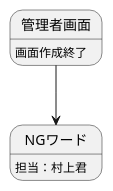
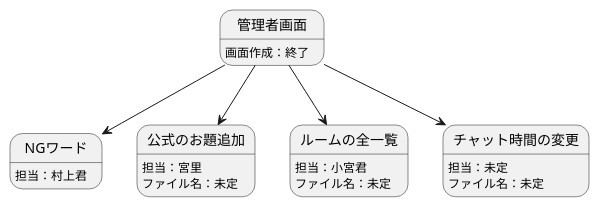
One commit to Aso2001204/2021sys-design changed the diagram in チーム開発/担当.md. Above: the diagram before and after it, drawn with PlantUML.

````diff
--- a/チーム開発/担当.md
+++ b/チーム開発/担当.md
@@ -1,8 +1,19 @@
 ```uml
 @startuml
 
 管理者画面 --> NGワード
-管理者画面:画面作成終了
+管理者画面:画面作成：終了
 NGワード:担当：村上君
+管理者画面 --> 公式のお題追加
+公式のお題追加:担当：宮里
+公式のお題追加:ファイル名：未定
+
+管理者画面 --> ルームの全一覧
+ルームの全一覧:担当：小宮君
+ルームの全一覧:ファイル名：未定
+
+管理者画面 --> チャット時間の変更
+チャット時間の変更:担当：未定
+チャット時間の変更:ファイル名：未定
 @enduml
 ```
````
